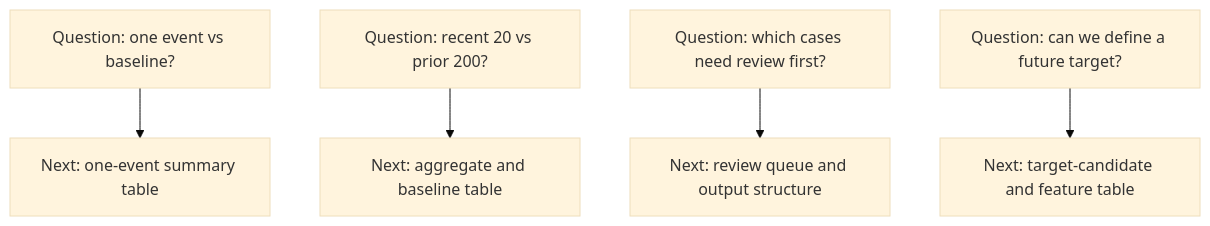
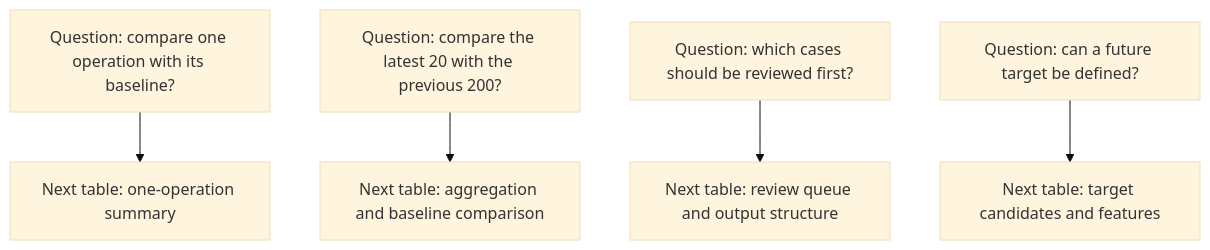
One commit to devchan64/AiBook changed the diagram in docs/assets/part-03/chapter-01/p3-1-3-mermaid-01-en.mmd. Above: the diagram before and after it, drawn with Mermaid (base theme). The commit also changed 21 other files, not shown here.

```diff
--- a/docs/assets/part-03/chapter-01/p3-1-3-mermaid-01-en.mmd
+++ b/docs/assets/part-03/chapter-01/p3-1-3-mermaid-01-en.mmd
@@ -1,5 +1,5 @@
 flowchart TD
-    A[Question: one event vs baseline?] --> A1[Next: one-event summary table]
-    B[Question: recent 20 vs prior 200?] --> B1[Next: aggregate and baseline table]
-    C[Question: which cases need review first?] --> C1[Next: review queue and output structure]
-    D[Question: can we define a future target?] --> D1[Next: target-candidate and feature table]
+    A["Question: compare one operation with its baseline?"] --> A1["Next table: one-operation summary"]
+    B["Question: compare the latest 20 with the previous 200?"] --> B1["Next table: aggregation and baseline comparison"]
+    C["Question: which cases should be reviewed first?"] --> C1["Next table: review queue and output structure"]
+    D["Question: can a future target be defined?"] --> D1["Next table: target candidates and features"]
```
